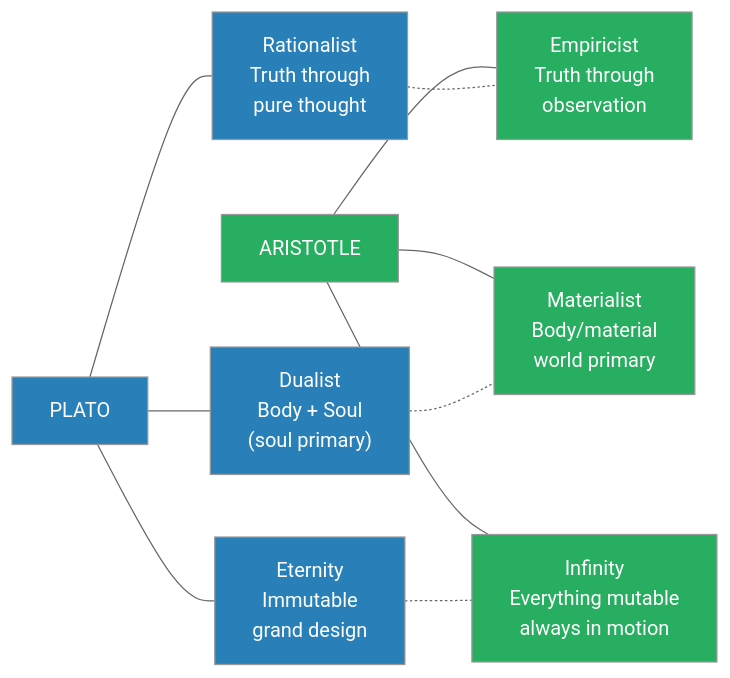
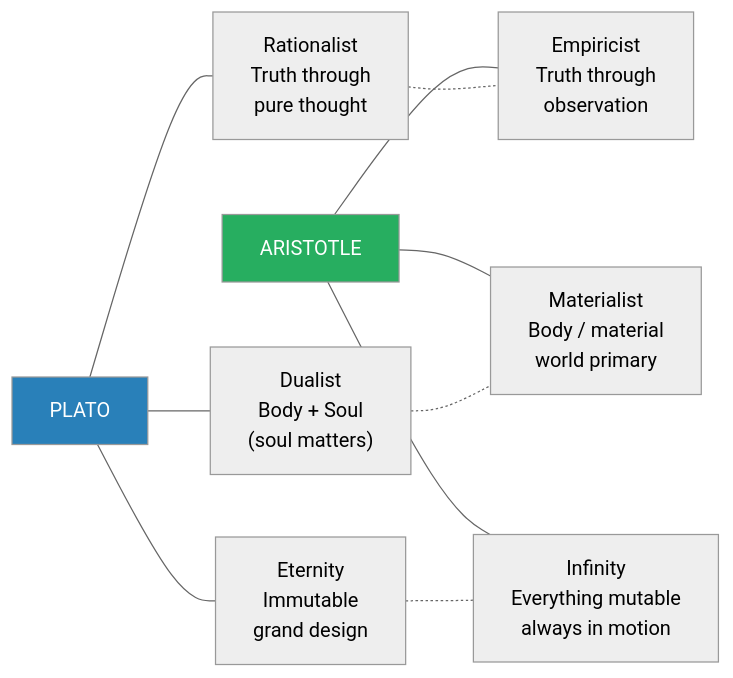
The second of 7 diagrams in summaries/Lectures/Civilization/13 - Aristotle and the Greek Legacy.md (alius33/reader), drawn with Mermaid (neutral theme) before and after one commit. The commit also changed other lines of this file and 26 other files, not shown here.

````diff
--- a/summaries/Lectures/Civilization/13 - Aristotle and the Greek Legacy.md
+++ b/summaries/Lectures/Civilization/13 - Aristotle and the Greek Legacy.md
@@ -79,20 +97,14 @@
 ```mermaid
 flowchart LR
     P["PLATO"] --- D1["Rationalist<br/>Truth through<br/>pure thought"]
-    P --- D2["Dualist<br/>Body + Soul<br/>(soul primary)"]
+    P --- D2["Dualist<br/>Body + Soul<br/>(soul matters)"]
     P --- D3["Eternity<br/>Immutable<br/>grand design"]
     A["ARISTOTLE"] --- D4["Empiricist<br/>Truth through<br/>observation"]
-    A --- D5["Materialist<br/>Body/material<br/>world primary"]
+    A --- D5["Materialist<br/>Body / material<br/>world primary"]
     A --- D6["Infinity<br/>Everything mutable<br/>always in motion"]
     D1 -.- D4
     D2 -.- D5
     D3 -.- D6
     style P fill:#2980b9,color:#fff
     style A fill:#27ae60,color:#fff
-    style D1 fill:#2980b9,color:#fff
-    style D2 fill:#2980b9,color:#fff
-    style D3 fill:#2980b9,color:#fff
-    style D4 fill:#27ae60,color:#fff
-    style D5 fill:#27ae60,color:#fff
-    style D6 fill:#27ae60,color:#fff
 ```
````
